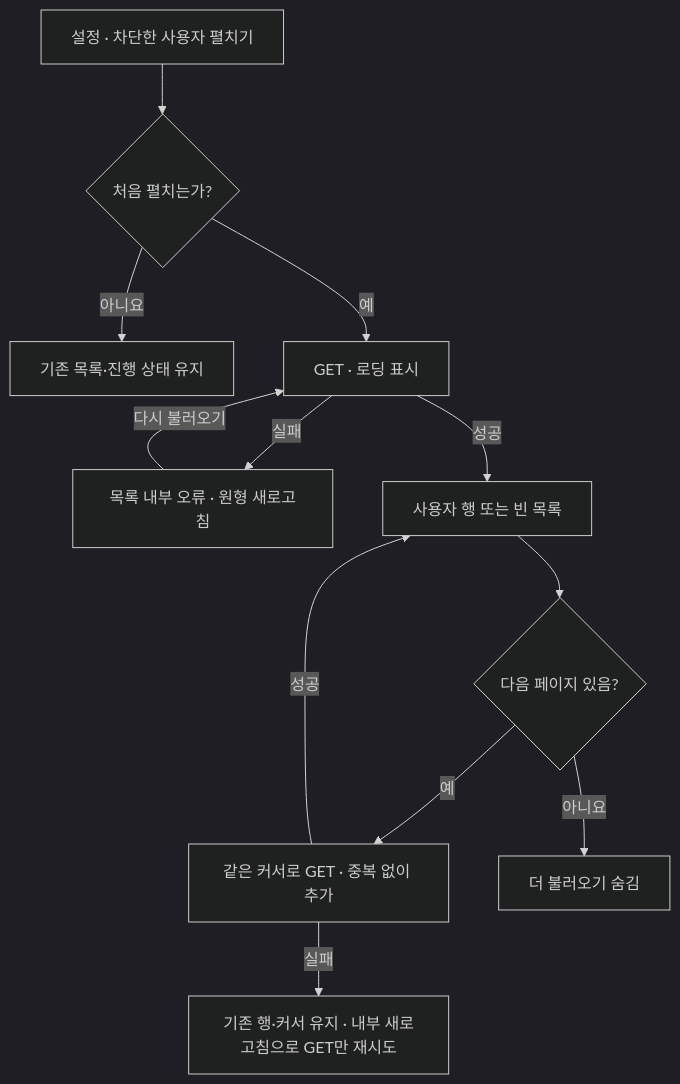
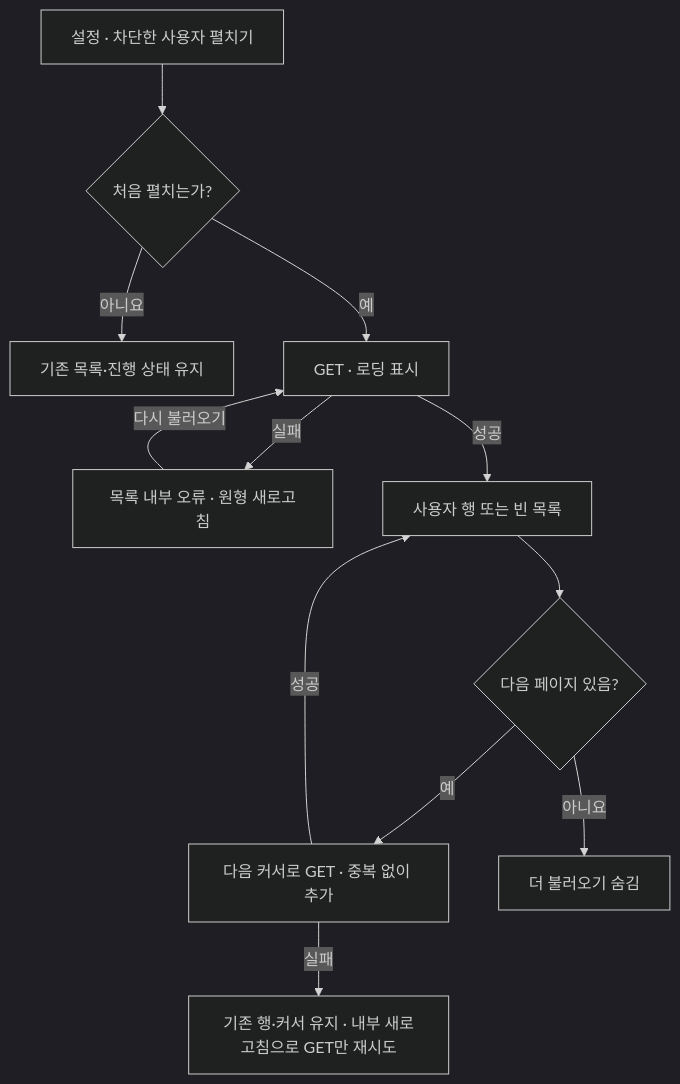
The fifth of 6 diagrams in frontend/web/docs/user-blocking-scenarios.md (woowacourse-teams/2026-Harudle), drawn with Mermaid (dark theme) before and after one commit. The commit also changed other lines of this file, not shown here.

Commit message:
docs(FE): 차단 목록 응답 검증과 다음 커서 설명 보완

````diff
--- a/frontend/web/docs/user-blocking-scenarios.md
+++ b/frontend/web/docs/user-blocking-scenarios.md
@@ -90,14 +90,14 @@
 ```mermaid
 flowchart TD
     OPEN["설정 · 차단한 사용자 펼치기"] --> FIRST{"처음 펼치는가?"}
     FIRST -->|아니요| KEEP["기존 목록·진행 상태 유지"]
     FIRST -->|예| GET["GET · 로딩 표시"]
     GET -->|실패| ERROR["목록 내부 오류 · 원형 새로고침"]
     ERROR -->|다시 불러오기| GET
     GET -->|성공| LIST["사용자 행 또는 빈 목록"]
     LIST --> MORE{"다음 페이지 있음?"}
-    MORE -->|예| NEXT["같은 커서로 GET · 중복 없이 추가"]
+    MORE -->|예| NEXT["다음 커서로 GET · 중복 없이 추가"]
     NEXT -->|성공| LIST
     NEXT -->|실패| RETRY["기존 행·커서 유지 · 내부 새로고침으로 GET만 재시도"]
     MORE -->|아니요| ENDING["더 불러오기 숨김"]
 ```
````
